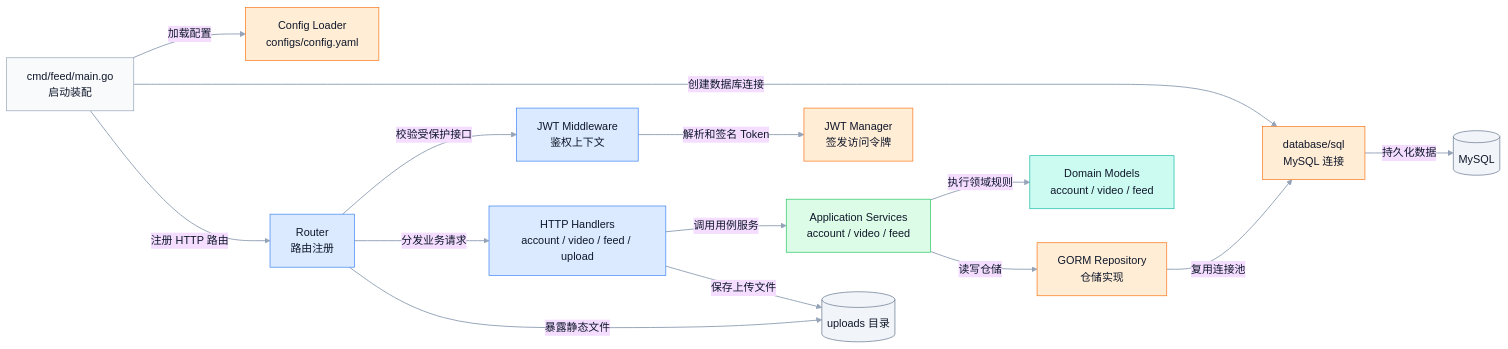
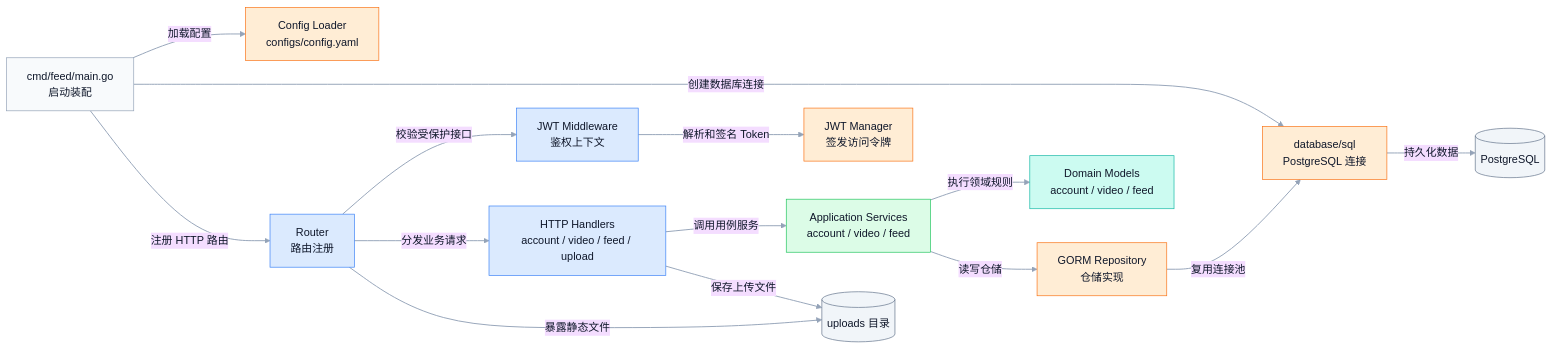
Before and after one commit to shiyudesu/frux: the second of 5 diagrams in docs/architecture.md, drawn with Mermaid. The commit also changed other lines of this file and 54 other files, not shown here.

First line of the commit message:
refactor(api): migrate persistence to PostgreSQL

````diff
--- a/docs/architecture.md
+++ b/docs/architecture.md
@@ -57,57 +57,57 @@
 ```mermaid
 ---
 config:
   theme: base
   layout: dagre
   themeVariables:
     background: transparent
     fontFamily: Inter, PingFang SC, Microsoft YaHei, Arial
     primaryTextColor: "#0F172A"
     lineColor: "#94A3B8"
     clusterBkg: "#F8FAFC"
     clusterBorder: "#CBD5E1"
 ---
 flowchart LR
   %% Internal layering in apps/api
   classDef entry fill:#F8FAFC,stroke:#94A3B8,color:#0F172A,stroke-width:1px;
   classDef http fill:#DBEAFE,stroke:#3B82F6,color:#0F172A,stroke-width:1px;
   classDef service fill:#DCFCE7,stroke:#22C55E,color:#0F172A,stroke-width:1px;
   classDef domain fill:#CCFBF1,stroke:#14B8A6,color:#0F172A,stroke-width:1px;
   classDef infra fill:#FFEDD5,stroke:#F97316,color:#0F172A,stroke-width:1px;
   classDef store fill:#F1F5F9,stroke:#64748B,color:#0F172A,stroke-width:1px;
 
   Entry["cmd/feed/main.go<br/>启动装配"]
   Router["Router<br/>路由注册"]
   Auth["JWT Middleware<br/>鉴权上下文"]
   Handlers["HTTP Handlers<br/>account / video / feed / upload"]
   Services["Application Services<br/>account / video / feed"]
   Domains["Domain Models<br/>account / video / feed"]
   Config["Config Loader<br/>configs/config.yaml"]
   JWT["JWT Manager<br/>签发访问令牌"]
   Repo["GORM Repository<br/>仓储实现"]
-  SQL["database/sql<br/>MySQL 连接"]
-  MySQL[("MySQL")]
+  SQL["database/sql<br/>PostgreSQL 连接"]
+  PostgreSQL[("PostgreSQL")]
   Uploads[("uploads 目录")]
 
   Entry -->|"加载配置"| Config
   Entry -->|"创建数据库连接"| SQL
   Entry -->|"注册 HTTP 路由"| Router
   Router -->|"校验受保护接口"| Auth
   Auth -->|"解析和签名 Token"| JWT
   Router -->|"分发业务请求"| Handlers
   Handlers -->|"调用用例服务"| Services
   Services -->|"执行领域规则"| Domains
   Services -->|"读写仓储"| Repo
   Repo -->|"复用连接池"| SQL
-  SQL -->|"持久化数据"| MySQL
+  SQL -->|"持久化数据"| PostgreSQL
   Handlers -->|"保存上传文件"| Uploads
   Router -->|"暴露静态文件"| Uploads
 
   class Entry entry;
   class Router,Auth,Handlers http;
   class Services service;
   class Domains domain;
   class Config,JWT,Repo,SQL infra;
-  class MySQL,Uploads store;
+  class PostgreSQL,Uploads store;
   linkStyle default stroke:#94A3B8,stroke-width:1.4px
 ```
````
